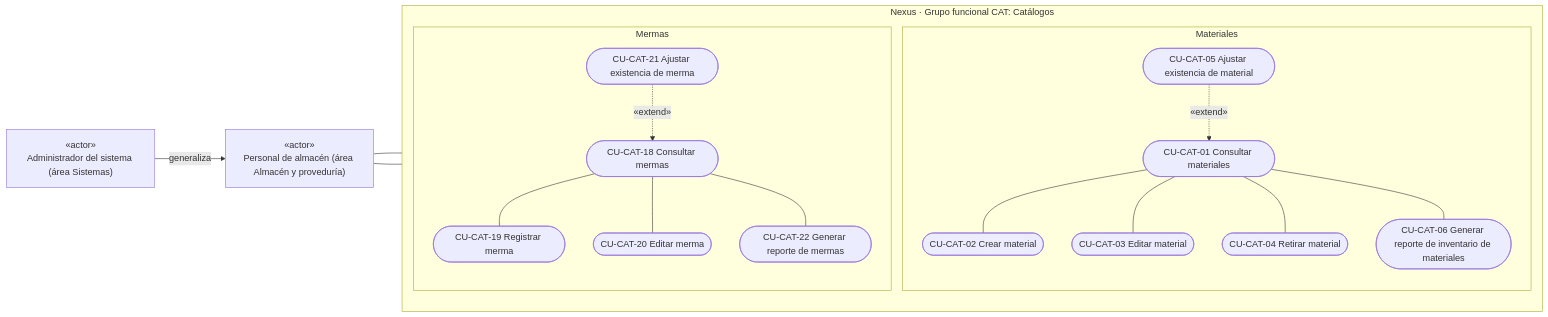
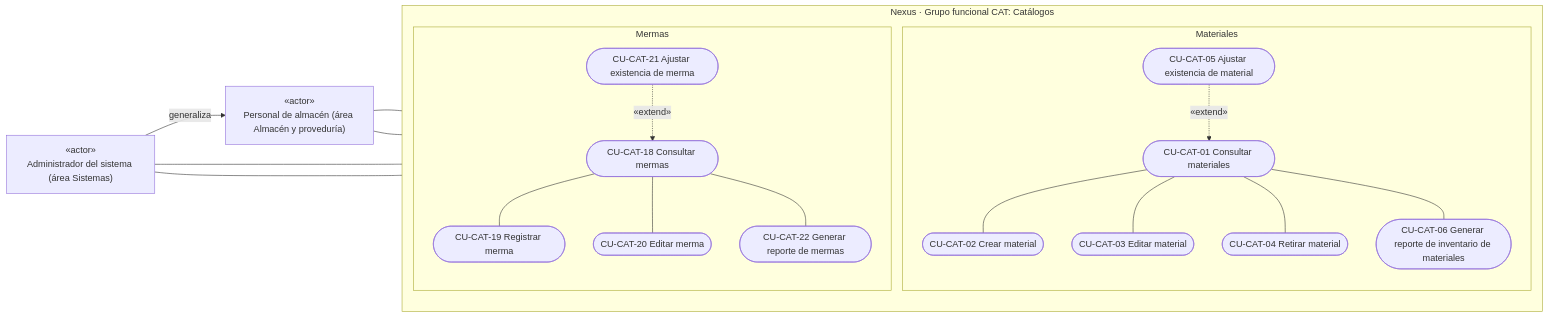
Before and after one commit to gpgsistemas01/nexus: the fourth of 6 diagrams in docs/requirements/domain-and-use-cases/03-casos-de-uso-vigentes.md, drawn with Mermaid. The commit also changed other lines of this file, not shown here.

Commit message:
fea: Corregir diagramas de casos de uso

````diff
--- a/docs/requirements/domain-and-use-cases/03-casos-de-uso-vigentes.md
+++ b/docs/requirements/domain-and-use-cases/03-casos-de-uso-vigentes.md
@@ -196,37 +184,39 @@
 ```mermaid
 flowchart LR
     warehouse["«actor»<br/>Personal de almacén (área Almacén y proveduría)"]
     admin["«actor»<br/>Administrador del sistema (área Sistemas)"]
     admin -- "generaliza" --> warehouse
 
     subgraph catalogPackage["Nexus · Grupo funcional CAT: Catálogos"]
         direction TB
         subgraph materialCatalogFamily["Materiales"]
             ucMaterialQuery(["CU-CAT-01 Consultar materiales"])
             ucMaterialCreate(["CU-CAT-02 Crear material"])
             ucMaterialEdit(["CU-CAT-03 Editar material"])
             ucMaterialRemove(["CU-CAT-04 Retirar material"])
             ucMaterialStock(["CU-CAT-05 Ajustar existencia de material"])
             ucMaterialInventoryReport(["CU-CAT-06 Generar reporte de inventario de materiales"])
         end
         subgraph wasteCatalogFamily["Mermas"]
             ucWasteQuery(["CU-CAT-18 Consultar mermas"])
             ucWasteCreate(["CU-CAT-19 Registrar merma"])
             ucWasteEdit(["CU-CAT-20 Editar merma"])
             ucWasteStock(["CU-CAT-21 Ajustar existencia de merma"])
             ucWasteReport(["CU-CAT-22 Generar reporte de mermas"])
         end
     end
 
     warehouse --- ucWasteQuery
     warehouse --- ucMaterialQuery
+    admin --- ucWasteStock
+    admin --- ucMaterialStock
     ucWasteQuery --- ucWasteCreate
     ucWasteQuery --- ucWasteEdit
     ucWasteQuery --- ucWasteReport
     ucWasteStock -. "«extend»" .-> ucWasteQuery
     ucMaterialQuery --- ucMaterialCreate
     ucMaterialQuery --- ucMaterialEdit
     ucMaterialQuery --- ucMaterialRemove
     ucMaterialQuery --- ucMaterialInventoryReport
     ucMaterialStock -. "«extend»" .-> ucMaterialQuery
 ```
````
